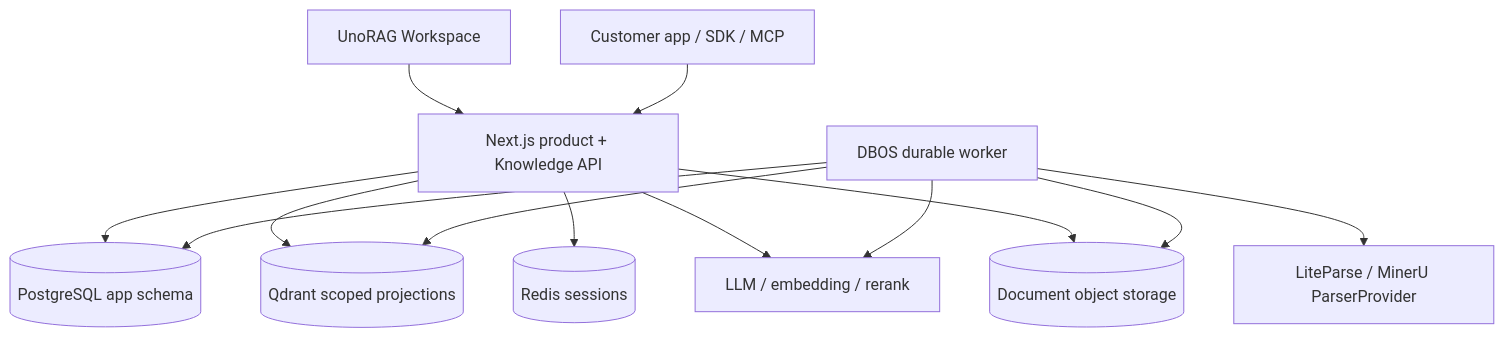
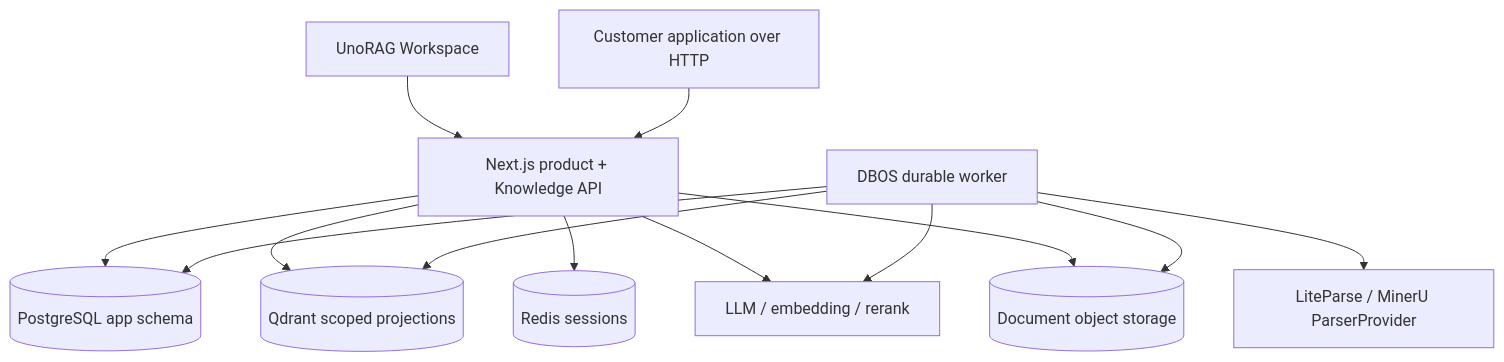
The first of 2 diagrams in docs/ARCHITECTURE.md (codexlin/UnoRAG), drawn with Mermaid before and after one commit. The commit also changed other lines of this file and 61 other files, not shown here.

````diff
--- a/docs/ARCHITECTURE.md
+++ b/docs/ARCHITECTURE.md
@@ -12,24 +10,24 @@
 ```mermaid
 flowchart TB
     Browser["UnoRAG Workspace"] --> Web
-    Client["Customer app / SDK / MCP"] --> Web
+    Client["Customer application over HTTP"] --> Web
     Web["Next.js product + Knowledge API"]
     Worker["DBOS durable worker"]
     Parser["LiteParse / MinerU ParserProvider"]
     PG[("PostgreSQL app schema")]
     QD[("Qdrant scoped projections")]
     Redis[("Redis sessions")]
     Files[("Document object storage")]
     Models["LLM / embedding / rerank"]
 
     Web --> PG
     Web --> QD
     Web --> Redis
     Web --> Models
     Web --> Files
     Worker --> PG
     Worker --> QD
     Worker --> Files
     Worker --> Parser
     Worker --> Models
 ```
````
